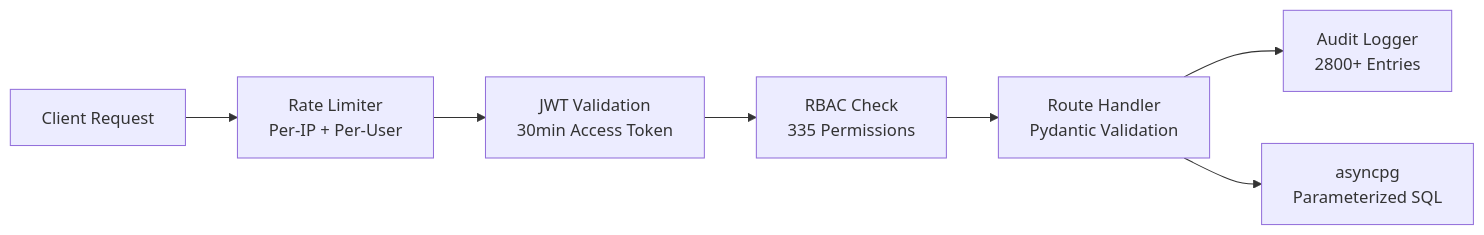
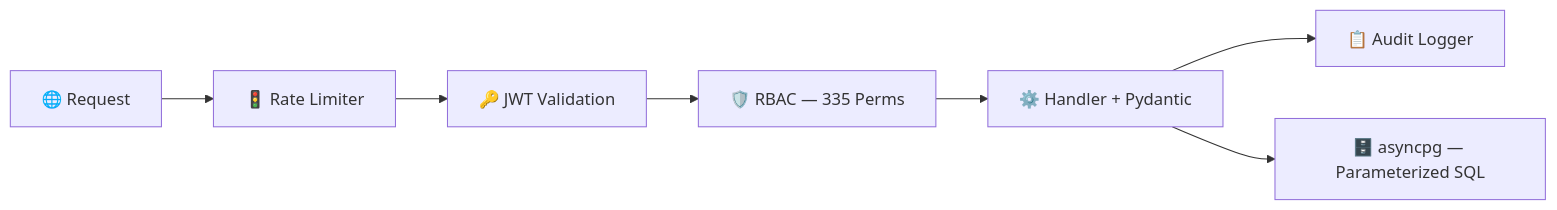
Before and after one commit to KouemouSah/taxasge: the seventh of 7 diagrams in README.md, drawn with Mermaid. The commit also changed other lines of this file and 3 other files, not shown here.

````diff
--- a/README.md
+++ b/README.md
@@ -413,9 +386,9 @@
 ```mermaid
 graph LR
-    REQ[Client Request] --> RL[Rate Limiter<br>Per-IP + Per-User]
-    RL --> JWT[JWT Validation<br>30min Access Token]
-    JWT --> RBAC[RBAC Check<br>335 Permissions]
-    RBAC --> HANDLER[Route Handler<br>Pydantic Validation]
-    HANDLER --> AUDIT[Audit Logger<br>2800+ Entries]
-    HANDLER --> DB[asyncpg<br>Parameterized SQL]
+    REQ["🌐 Request"] --> RL["🚦 Rate Limiter"]
+    RL --> JWT["🔑 JWT Validation"]
+    JWT --> RBAC["🛡️ RBAC — 335 Perms"]
+    RBAC --> H["⚙️ Handler + Pydantic"]
+    H --> AUDIT["📋 Audit Logger"]
+    H --> DB["🗄️ asyncpg — Parameterized SQL"]
 ```
````
